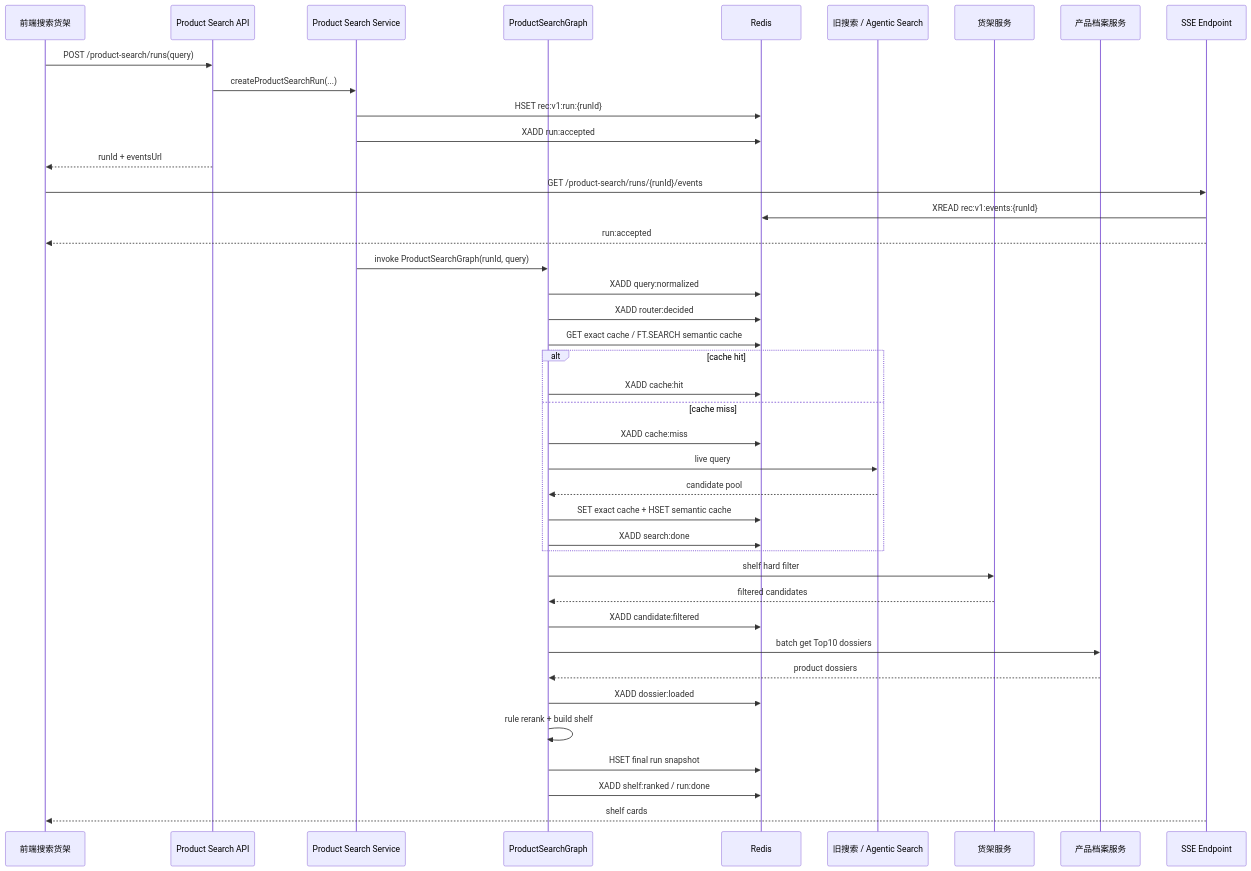
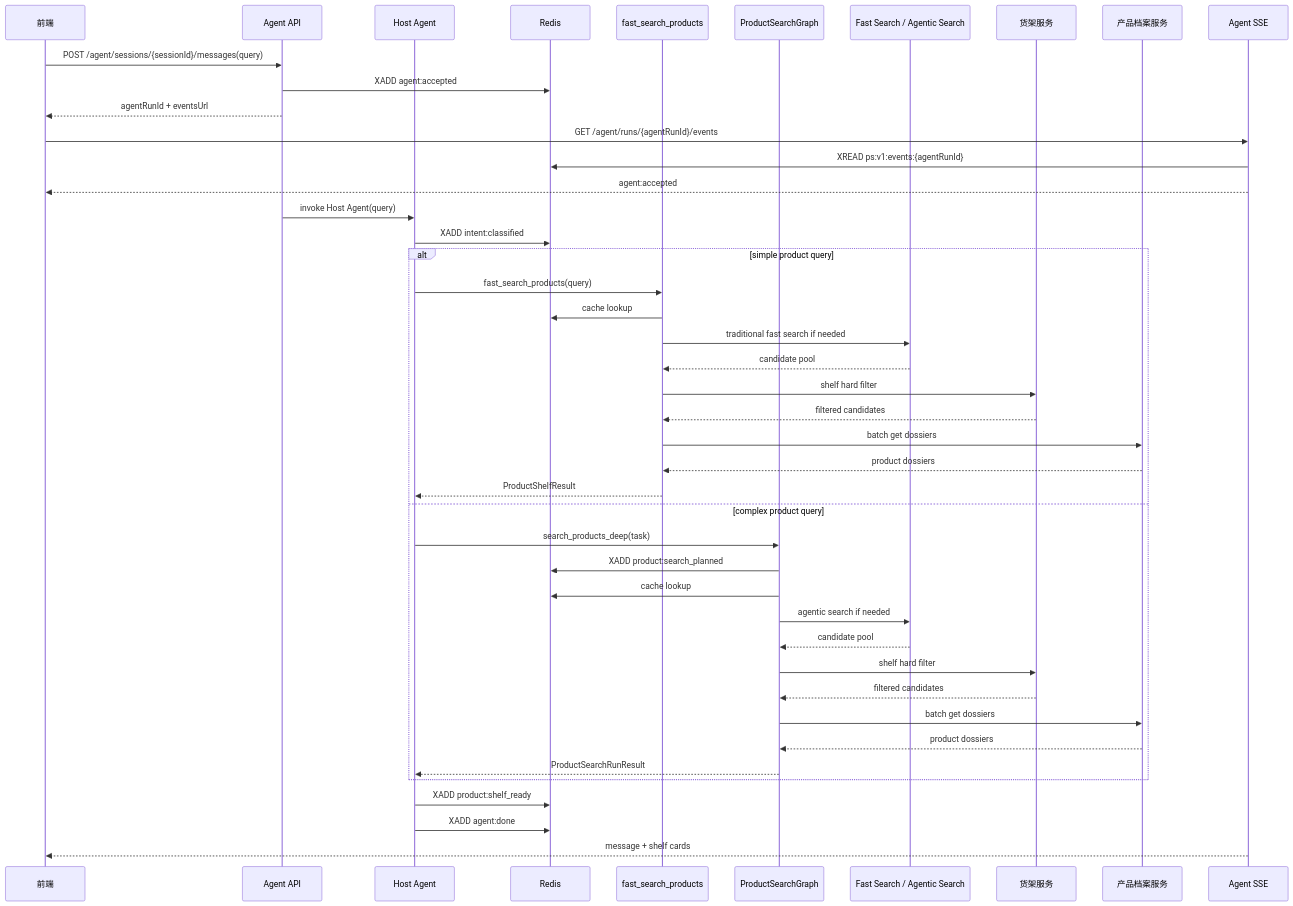
One commit to istarwyh/xiaohui changed the third of 3 diagrams in content/program/llm/保险商品搜索 Agent 工程架构：从自然语言需求到可交互货架.md. Above: the diagram before and after it, drawn with Mermaid. The commit also changed other lines of this file, not shown here.

Commit message:
修正搜品能力的 Agent 集成定位

````diff
--- a/content/program/llm/保险商品搜索 Agent 工程架构：从自然语言需求到可交互货架.md
+++ b/content/program/llm/保险商品搜索 Agent 工程架构：从自然语言需求到可交互货架.md
@@ -729,50 +797,51 @@
 ```mermaid
 sequenceDiagram
-    participant FE as 前端搜索货架
-    participant API as Product Search API
-    participant SVC as Product Search Service
-    participant G as ProductSearchGraph
+    participant FE as 前端
+    participant API as Agent API
+    participant Host as Host Agent
     participant Redis as Redis
-    participant Search as 旧搜索 / Agentic Search
+    participant Fast as fast_search_products
+    participant Graph as ProductSearchGraph
+    participant Search as Fast Search / Agentic Search
     participant Shelf as 货架服务
     participant Dossier as 产品档案服务
-    participant SSE as SSE Endpoint
+    participant SSE as Agent SSE
 
-    FE->>API: POST /product-search/runs(query)
-    API->>SVC: createProductSearchRun(...)
-    SVC->>Redis: HSET rec:v1:run:{runId}
-    SVC->>Redis: XADD run:accepted
-    API-->>FE: runId + eventsUrl
+    FE->>API: POST /agent/sessions/{sessionId}/messages(query)
+    API->>Redis: XADD agent:accepted
+    API-->>FE: agentRunId + eventsUrl
 
-    FE->>SSE: GET /product-search/runs/{runId}/events
-    SSE->>Redis: XREAD rec:v1:events:{runId}
-    SSE-->>FE: run:accepted
+    FE->>SSE: GET /agent/runs/{agentRunId}/events
+    SSE->>Redis: XREAD ps:v1:events:{agentRunId}
+    SSE-->>FE: agent:accepted
 
-    SVC->>G: invoke ProductSearchGraph(runId, query)
-    G->>Redis: XADD query:normalized
-    G->>Redis: XADD router:decided
-    G->>Redis: GET exact cache / FT.SEARCH semantic cache
+    API->>Host: invoke Host Agent(query)
+    Host->>Redis: XADD intent:classified
 
-    alt cache hit
-        G->>Redis: XADD cache:hit
-    else cache miss
-        G->>Redis: XADD cache:miss
-        G->>Search: live query
-        Search-->>G: candidate pool
-        G->>Redis: SET exact cache + HSET semantic cache
-        G->>Redis: XADD search:done
+    alt simple product query
+        Host->>Fast: fast_search_products(query)
+        Fast->>Redis: cache lookup
+        Fast->>Search: traditional fast search if needed
+        Search-->>Fast: candidate pool
+        Fast->>Shelf: shelf hard filter
+        Shelf-->>Fast: filtered candidates
+        Fast->>Dossier: batch get dossiers
+        Dossier-->>Fast: product dossiers
+        Fast-->>Host: ProductShelfResult
+    else complex product query
+        Host->>Graph: search_products_deep(task)
+        Graph->>Redis: XADD product:search_planned
+        Graph->>Redis: cache lookup
+        Graph->>Search: agentic search if needed
+        Search-->>Graph: candidate pool
+        Graph->>Shelf: shelf hard filter
+        Shelf-->>Graph: filtered candidates
+        Graph->>Dossier: batch get dossiers
+        Dossier-->>Graph: product dossiers
+        Graph-->>Host: ProductSearchRunResult
     end
 
-    G->>Shelf: shelf hard filter
-    Shelf-->>G: filtered candidates
-    G->>Redis: XADD candidate:filtered
-
-    G->>Dossier: batch get Top10 dossiers
-    Dossier-->>G: product dossiers
-    G->>Redis: XADD dossier:loaded
-
-    G->>G: rule rerank + build shelf
-    G->>Redis: HSET final run snapshot
-    G->>Redis: XADD shelf:ranked / run:done
-    SSE-->>FE: shelf cards
+    Host->>Redis: XADD product:shelf_ready
+    Host->>Redis: XADD agent:done
+    SSE-->>FE: message + shelf cards
 ```
````
